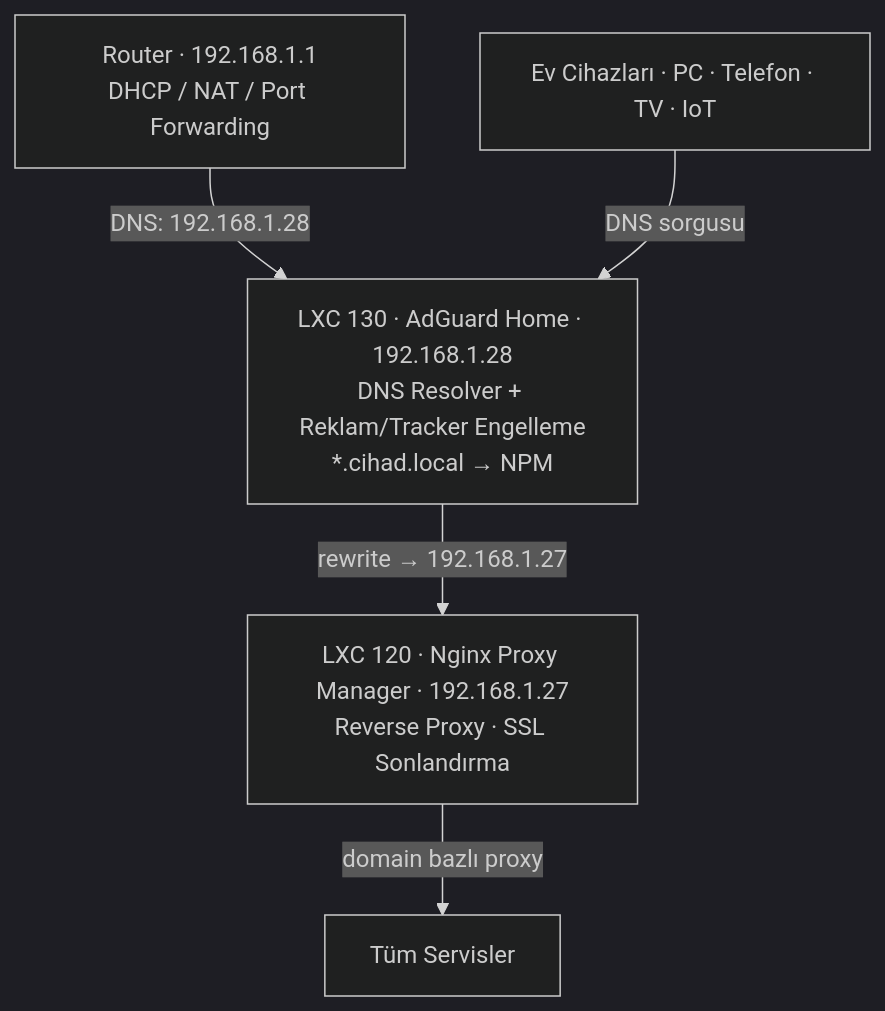
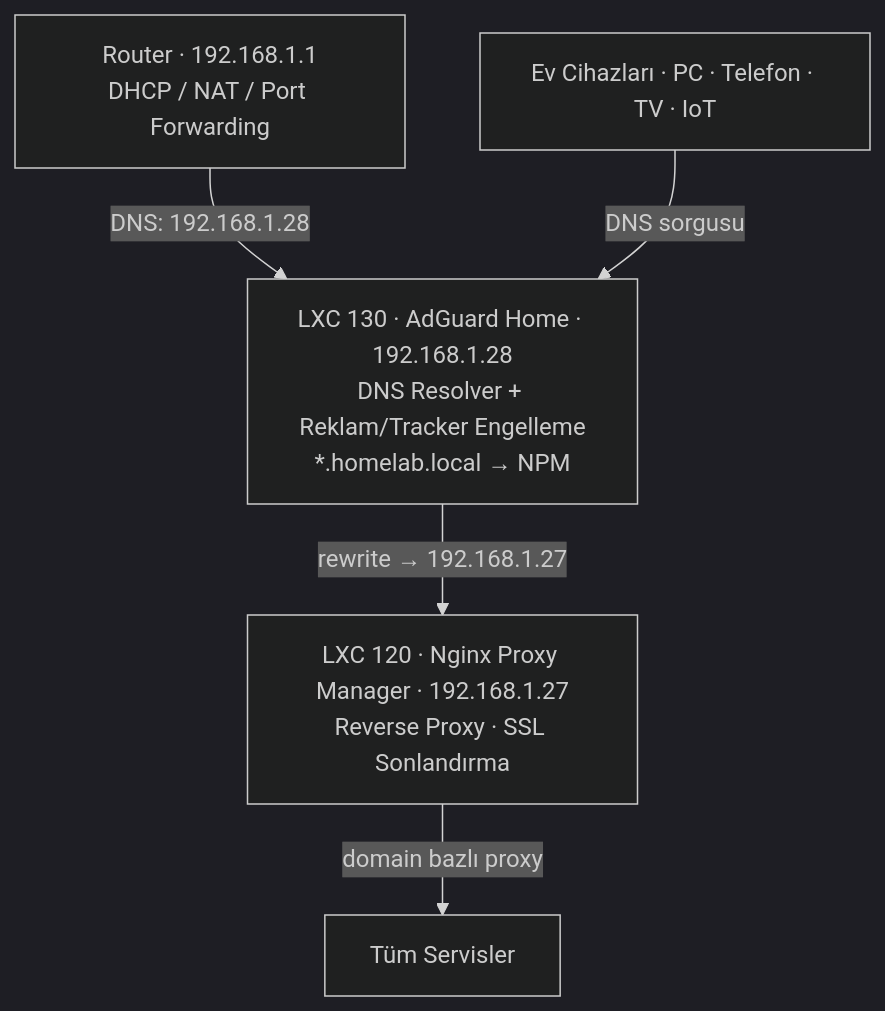
The first of 16 diagrams in DETAILS.md (cihadkocasahan/ProxmoxHomeLab), drawn with Mermaid (dark theme) before and after one commit. The commit also changed other lines of this file and 5 other files, not shown here.

Commit message:
refactor(docs): anonymize host environment to MyEnv and local domain to homelab.local

````diff
--- a/DETAILS.md
+++ b/DETAILS.md
@@ -28,13 +28,13 @@
 ```mermaid
 graph TD
     ROUTER["Router · 192.168.1.1\nDHCP / NAT / Port Forwarding"]
-    AG["LXC 130 · AdGuard Home · 192.168.1.28\nDNS Resolver + Reklam/Tracker Engelleme\n*.cihad.local → NPM"]
+    AG["LXC 130 · AdGuard Home · 192.168.1.28\nDNS Resolver + Reklam/Tracker Engelleme\n*.homelab.local → NPM"]
     NPM["LXC 120 · Nginx Proxy Manager · 192.168.1.27\nReverse Proxy · SSL Sonlandırma"]
     SVCS["Tüm Servisler"]
     CLIENTS["Ev Cihazları · PC · Telefon · TV · IoT"]
 
     ROUTER -->|DNS: 192.168.1.28| AG
     AG -->|rewrite → 192.168.1.27| NPM
     NPM -->|domain bazlı proxy| SVCS
     CLIENTS -->|DNS sorgusu| AG
 ```
````
